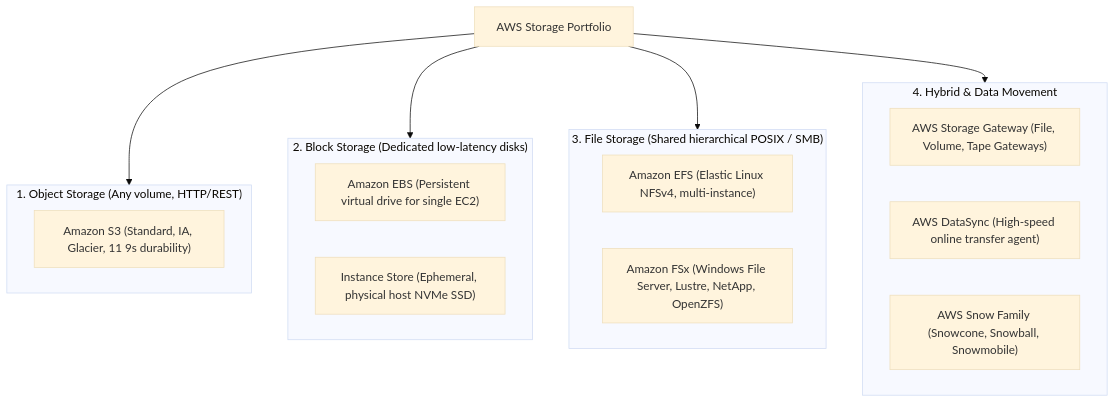
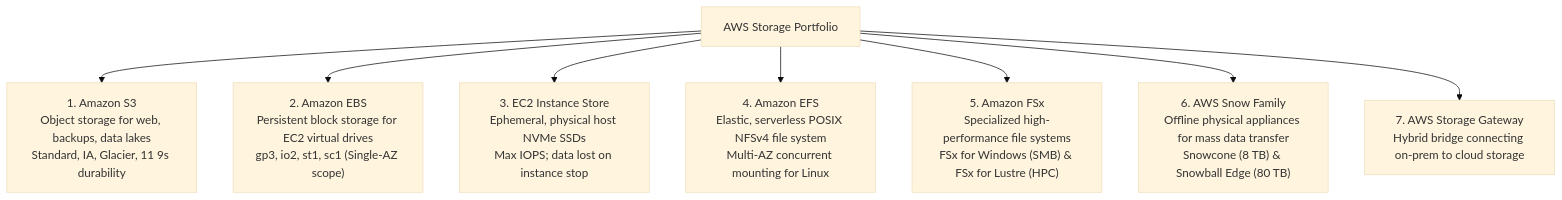
Before and after one commit to fakhruldeen/AWS: the second of 3 diagrams in Cloud/Practitioner/CLF-C02/06_Explanations/03_Technology_and_Services/Storage_Services.md, drawn with Mermaid (base theme). The commit also changed other lines of this file and 18 other files, not shown here.

````diff
--- a/Cloud/Practitioner/CLF-C02/06_Explanations/03_Technology_and_Services/Storage_Services.md
+++ b/Cloud/Practitioner/CLF-C02/06_Explanations/03_Technology_and_Services/Storage_Services.md
@@ -23,29 +74,12 @@
 ```mermaid
-flowchart TD
+graph TD
     Storage["AWS Storage Portfolio"]
     
-    subgraph Object["1. Object Storage (Any volume, HTTP/REST)"]
-        S3["Amazon S3 (Standard, IA, Glacier, 11 9s durability)"]
-    end
-    
-    subgraph Block["2. Block Storage (Dedicated low-latency disks)"]
-        EBS["Amazon EBS (Persistent virtual drive for single EC2)"]
-        InstanceStore["Instance Store (Ephemeral, physical host NVMe SSD)"]
-    end
-    
-    subgraph File["3. File Storage (Shared hierarchical POSIX / SMB)"]
-        EFS["Amazon EFS (Elastic Linux NFSv4, multi-instance)"]
-        FSx["Amazon FSx (Windows File Server, Lustre, NetApp, OpenZFS)"]
-    end
-    
-    subgraph Hybrid_Data["4. Hybrid & Data Movement"]
-        StorageGW["AWS Storage Gateway (File, Volume, Tape Gateways)"]
-        DataSync["AWS DataSync (High-speed online transfer agent)"]
-        Snow["AWS Snow Family (Snowcone, Snowball, Snowmobile)"]
-    end
-    
-    Storage --> Object
-    Storage --> Block
-    Storage --> File
-    Storage --> Hybrid_Data
+    Storage --> S3["1. Amazon S3<br/>Object storage for web, backups, data lakes<br/>Standard, IA, Glacier, 11 9s durability"]
+    Storage --> EBS["2. Amazon EBS<br/>Persistent block storage for EC2 virtual drives<br/>gp3, io2, st1, sc1 (Single-AZ scope)"]
+    Storage --> IS["3. EC2 Instance Store<br/>Ephemeral, physical host NVMe SSDs<br/>Max IOPS; data lost on instance stop"]
+    Storage --> EFS["4. Amazon EFS<br/>Elastic, serverless POSIX NFSv4 file system<br/>Multi-AZ concurrent mounting for Linux"]
+    Storage --> FSx["5. Amazon FSx<br/>Specialized high-performance file systems<br/>FSx for Windows (SMB) & FSx for Lustre (HPC)"]
+    Storage --> Snow["6. AWS Snow Family<br/>Offline physical appliances for mass data transfer<br/>Snowcone (8 TB) & Snowball Edge (80 TB)"]
+    Storage --> GW["7. AWS Storage Gateway<br/>Hybrid bridge connecting on-prem to cloud storage"]
 ```
````
